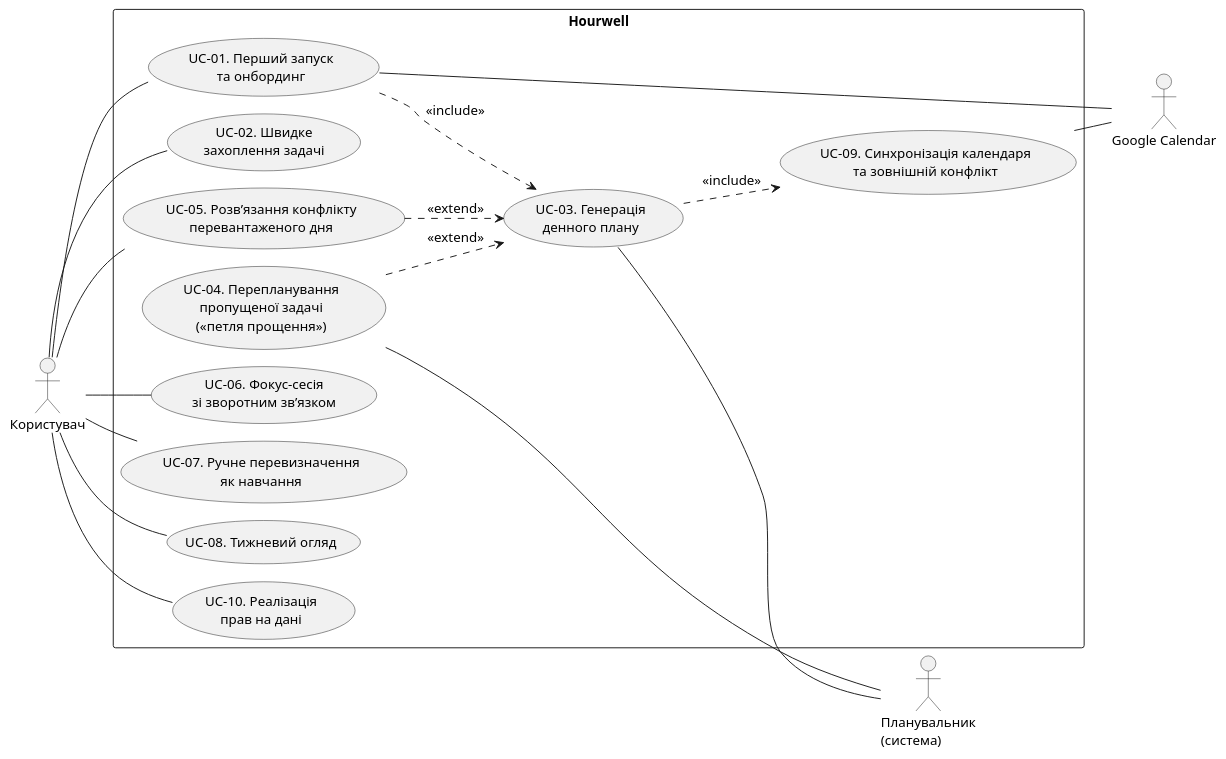
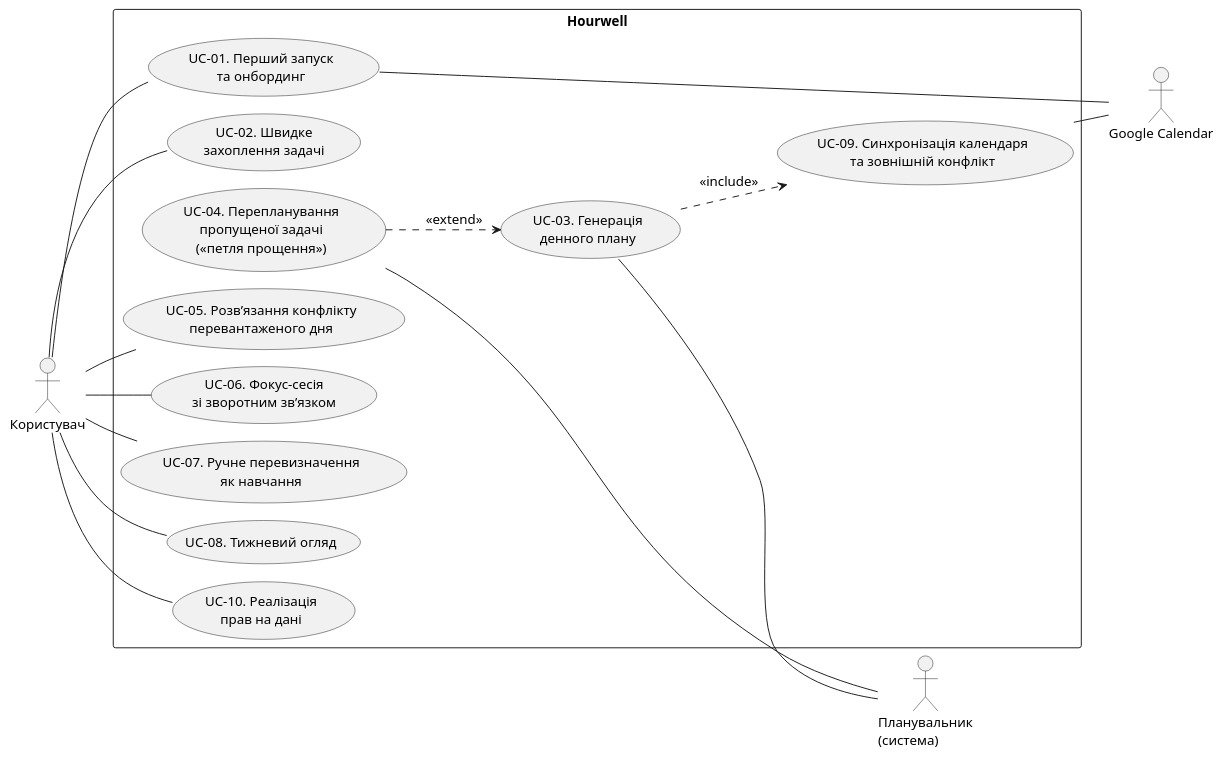
One commit to IKala4I/magister_work changed the diagram in docs/thesis/text/diagrams/3-3-use-cases.puml. Above: the diagram before and after it, drawn with PlantUML.

Commit message:
fix(thesis): Рисунок 3.3 draws only the relations the text states
The adversarial pass: UC-01 «include» UC-03 and UC-05 «extend» UC-03 were readings, not text — UC-01
only ends with «перший план у «режимі навчання»», and UC-05 is triggered by the user adding a task, so
it could as well extend UC-02. By the rule applied to the ER figure (nothing beyond the text), they
go; the placeholder's two remain: UC-03 «include» UC-09, UC-04 «extend» UC-03. Still 8.1 pt on its
landscape page.

Phase: post-P12

```diff
--- a/docs/thesis/text/diagrams/3-3-use-cases.puml
+++ b/docs/thesis/text/diagrams/3-3-use-cases.puml
@@ -1,51 +1,48 @@
 @startuml
 ' Рисунок 3.3 — Діаграма сценаріїв використання системи.
 ' Джерело: підрозділ 3.9 (UC-01…UC-10, назви дослівно) і текст плейсхолдера рисунка 3.3.
-' Зв'язки — лише ті, що названо в тексті:
-'   UC-03 «include» UC-09, UC-04 «extend» UC-03 — плейсхолдер рисунка 3.3;
-'   UC-01 «include» UC-03 — UC-01: «… → перший план у «режимі навчання» …»;
-'   UC-05 «extend» UC-03 — UC-05: «розв’язувач виявляє нездійсненність → аркуш компромісів».
+' Зв'язки — лише ті, що названо в тексті прямо: UC-03 «include» UC-09 і UC-04 «extend» UC-03
+' (плейсхолдер рисунка 3.3). Інші можливі зв'язки (UC-01 → UC-03 через «перший план», UC-05 як
+' розширення планування) — вивід, а не текст, тож їх немає (адверсарний прохід, 2026-09-29).
 ' Актори — за тригером кожного сценарію в 3.9: Користувач; «Система за першого відкриття…» (UC-03),
 ' «Час блоку минає без виконання» (UC-04) — Планувальник; «Вебхук Google Calendar…» (UC-09) і
 ' «опційне під’єднання Google Calendar» (UC-01) — Google Calendar.
 !pragma layout smetana
 skinparam defaultFontSize 14
 skinparam defaultFontName Arial
 skinparam monochrome true
 skinparam shadowing false
 left to right direction
 
 actor "Користувач" as U
 actor "Google Calendar" as GC
 actor "Планувальник\n(система)" as P
 
 rectangle "Hourwell" {
   usecase "UC-01. Перший запуск\nта онбординг" as UC1
   usecase "UC-02. Швидке\nзахоплення задачі" as UC2
   usecase "UC-03. Генерація\nденного плану" as UC3
   usecase "UC-04. Перепланування\nпропущеної задачі\n(«петля прощення»)" as UC4
   usecase "UC-05. Розв’язання конфлікту\nперевантаженого дня" as UC5
   usecase "UC-06. Фокус-сесія\nзі зворотним зв’язком" as UC6
   usecase "UC-07. Ручне перевизначення\nяк навчання" as UC7
   usecase "UC-08. Тижневий огляд" as UC8
   usecase "UC-09. Синхронізація календаря\nта зовнішній конфлікт" as UC9
   usecase "UC-10. Реалізація\nправ на дані" as UC10
 }
 
 U -- UC1
 U -- UC2
 U -- UC5
 U -- UC6
 U -- UC7
 U -- UC8
 U -- UC10
 UC1 -- GC
 UC9 -- GC
 UC3 -- P
 UC4 -- P
 
-UC1 ..> UC3 : <<include>>
 UC3 ..> UC9 : <<include>>
 UC4 ..> UC3 : <<extend>>
-UC5 ..> UC3 : <<extend>>
 @enduml
```
